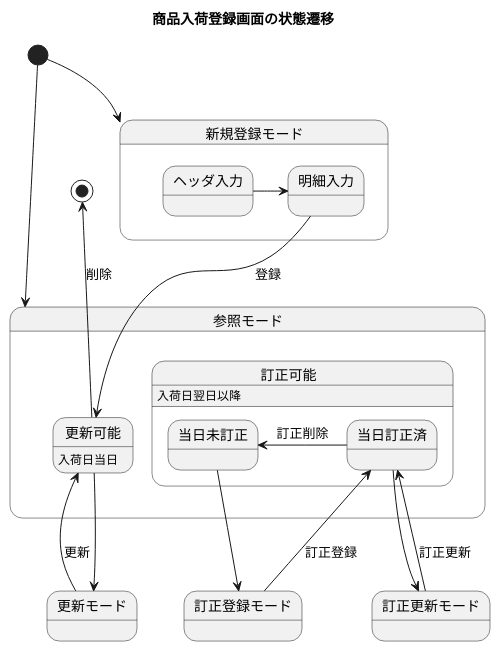
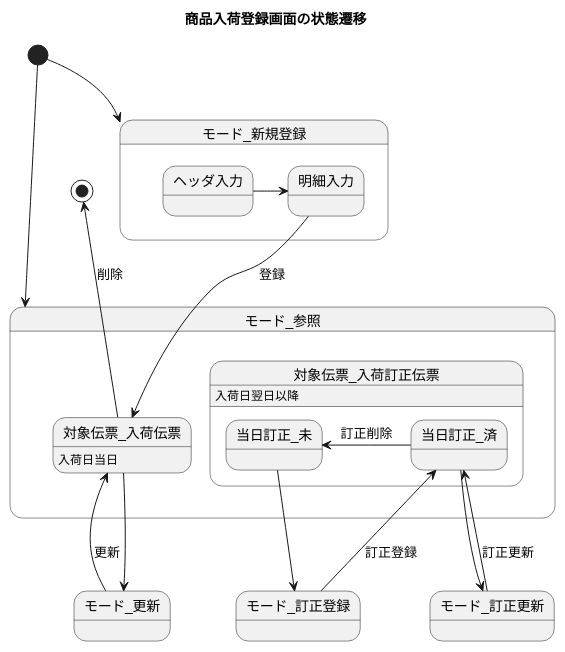
Before and after one commit to ShowKa/HanbaiKanriDoc: the diagram in docs/U11/U11G003商品入荷/2.3.画面状態遷移図.pu, drawn with PlantUML. The commit also changed 1 other file, not shown here.

Commit message:
画面状態遷移図

```diff
--- a/docs/U11/U11G003商品入荷/2.3.画面状態遷移図.pu
+++ b/docs/U11/U11G003商品入荷/2.3.画面状態遷移図.pu
@@ -1,40 +1,40 @@
 @startuml
 title
 商品入荷登録画面の状態遷移
 end title
 'state
-state 参照モード {
-  state 更新可能 : 入荷日当日
-  state 訂正可能 : 入荷日翌日以降
-  state 訂正可能 {
-    state 当日未訂正
-    state 当日訂正済
+state モード_参照 {
+  state 対象伝票_入荷伝票 : 入荷日当日
+  state 対象伝票_入荷訂正伝票 : 入荷日翌日以降
+  state 対象伝票_入荷訂正伝票 {
+    state 当日訂正_未
+    state 当日訂正_済
   }
 }
-state 新規登録モード {
+state モード_新規登録 {
   state ヘッダ入力
   state 明細入力
 }
-state 更新モード
-state 訂正登録モード
-state 訂正更新モード
+state モード_更新
+state モード_訂正登録
+state モード_訂正更新
 'begin
-[*] -down-> 新規登録モード
-[*] -down-> 参照モード
-'新規登録モード
+[*] -down-> モード_新規登録
+[*] -down-> モード_参照
+'モード_新規登録
 ヘッダ入力 -> 明細入力
-明細入力 -down-> 更新可能 : 登録
-'参照モード
-更新可能 -down-> 更新モード
-当日未訂正 -down-> 訂正登録モード
-当日訂正済 -down-> 訂正更新モード
-更新可能 -up-> [*] : 削除
-当日訂正済 -> 当日未訂正 : 訂正削除
-'更新モード
-更新モード -> 更新可能 : 更新
-'訂正登録モード
-訂正登録モード -> 当日訂正済 : 訂正登録
-'訂正更新モード
-訂正更新モード -> 当日訂正済 : 訂正更新
+明細入力 -down-> 対象伝票_入荷伝票 : 登録
+'モード_参照
+対象伝票_入荷伝票 -down-> モード_更新
+当日訂正_未 -down-> モード_訂正登録
+当日訂正_済 -down-> モード_訂正更新
+対象伝票_入荷伝票 -up-> [*] : 削除
+当日訂正_済 -> 当日訂正_未 : 訂正削除
+'モード_更新
+モード_更新 -> 対象伝票_入荷伝票 : 更新
+'モード_訂正登録
+モード_訂正登録 -> 当日訂正_済 : 訂正登録
+'モード_訂正更新
+モード_訂正更新 -> 当日訂正_済 : 訂正更新
 'end
 @enduml
```
